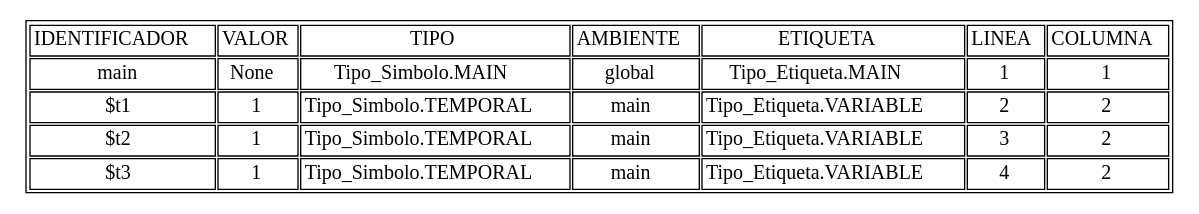
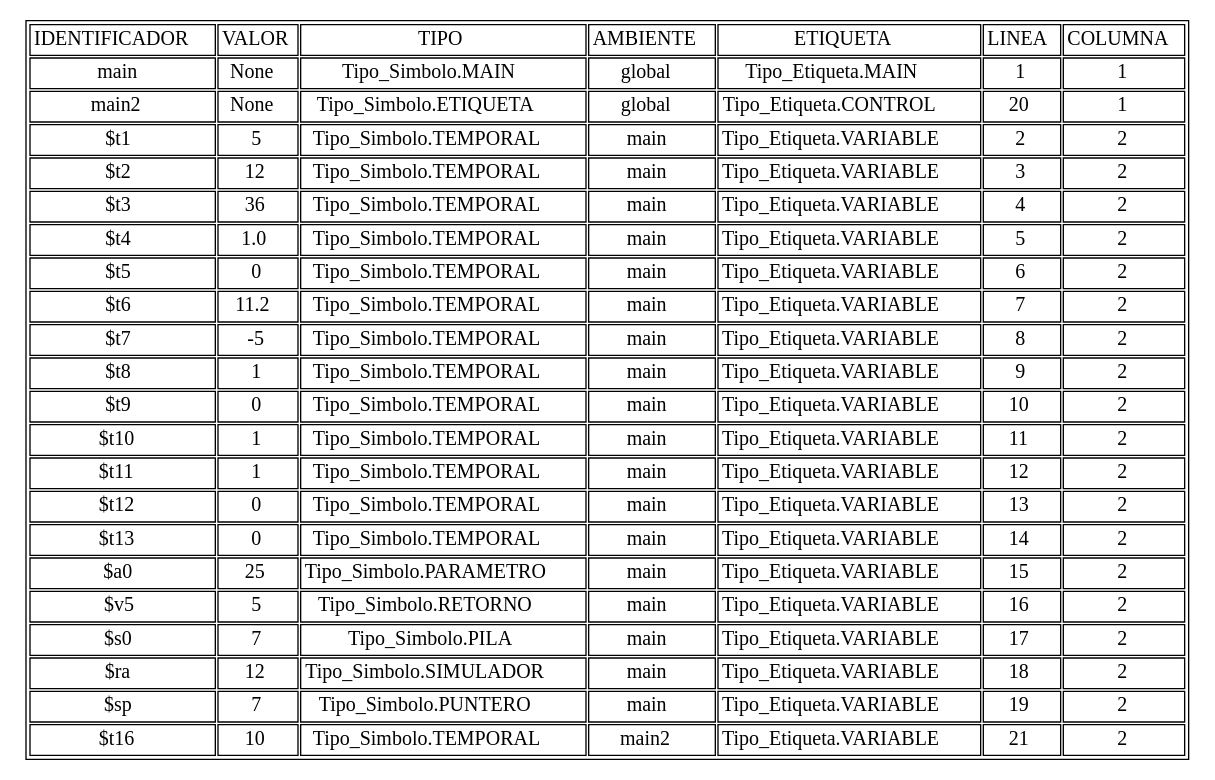
The diagram in tablasimbolos.dot (AndreeAvalos/OLC2-AUGUS), drawn with Graphviz before and after one commit. The commit also changed 7 other files, not shown here.

```diff
--- a/tablasimbolos.dot
+++ b/tablasimbolos.dot
@@ -1,12 +1,29 @@
 digraph tabla{
 graph [ratio=fill];node [label="\N", fontsize=15, shape=plaintext];
 graph [bb="0,0,352,154"];
 arset [label=<<TABLE ALIGN="LEFT">
 <TR><TD>IDENTIFICADOR</TD><TD>VALOR</TD><TD>TIPO</TD><TD>AMBIENTE</TD><TD>ETIQUETA</TD><TD>LINEA</TD><TD>COLUMNA</TD></TR>
 <TR><TD>main</TD><TD>None</TD><TD>Tipo_Simbolo.MAIN</TD><TD>global</TD><TD>Tipo_Etiqueta.MAIN</TD><TD>1</TD><TD>1</TD></TR>
-<TR><TD>$t1</TD><TD>1</TD><TD>Tipo_Simbolo.TEMPORAL</TD><TD>main</TD><TD>Tipo_Etiqueta.VARIABLE</TD><TD>2</TD><TD>2</TD></TR>
-<TR><TD>$t2</TD><TD>1</TD><TD>Tipo_Simbolo.TEMPORAL</TD><TD>main</TD><TD>Tipo_Etiqueta.VARIABLE</TD><TD>3</TD><TD>2</TD></TR>
-<TR><TD>$t3</TD><TD>1</TD><TD>Tipo_Simbolo.TEMPORAL</TD><TD>main</TD><TD>Tipo_Etiqueta.VARIABLE</TD><TD>4</TD><TD>2</TD></TR>
+<TR><TD>main2</TD><TD>None</TD><TD>Tipo_Simbolo.ETIQUETA</TD><TD>global</TD><TD>Tipo_Etiqueta.CONTROL</TD><TD>20</TD><TD>1</TD></TR>
+<TR><TD>$t1</TD><TD>5</TD><TD>Tipo_Simbolo.TEMPORAL</TD><TD>main</TD><TD>Tipo_Etiqueta.VARIABLE</TD><TD>2</TD><TD>2</TD></TR>
+<TR><TD>$t2</TD><TD>12</TD><TD>Tipo_Simbolo.TEMPORAL</TD><TD>main</TD><TD>Tipo_Etiqueta.VARIABLE</TD><TD>3</TD><TD>2</TD></TR>
+<TR><TD>$t3</TD><TD>36</TD><TD>Tipo_Simbolo.TEMPORAL</TD><TD>main</TD><TD>Tipo_Etiqueta.VARIABLE</TD><TD>4</TD><TD>2</TD></TR>
+<TR><TD>$t4</TD><TD>1.0</TD><TD>Tipo_Simbolo.TEMPORAL</TD><TD>main</TD><TD>Tipo_Etiqueta.VARIABLE</TD><TD>5</TD><TD>2</TD></TR>
+<TR><TD>$t5</TD><TD>0</TD><TD>Tipo_Simbolo.TEMPORAL</TD><TD>main</TD><TD>Tipo_Etiqueta.VARIABLE</TD><TD>6</TD><TD>2</TD></TR>
+<TR><TD>$t6</TD><TD>11.2</TD><TD>Tipo_Simbolo.TEMPORAL</TD><TD>main</TD><TD>Tipo_Etiqueta.VARIABLE</TD><TD>7</TD><TD>2</TD></TR>
+<TR><TD>$t7</TD><TD>-5</TD><TD>Tipo_Simbolo.TEMPORAL</TD><TD>main</TD><TD>Tipo_Etiqueta.VARIABLE</TD><TD>8</TD><TD>2</TD></TR>
+<TR><TD>$t8</TD><TD>1</TD><TD>Tipo_Simbolo.TEMPORAL</TD><TD>main</TD><TD>Tipo_Etiqueta.VARIABLE</TD><TD>9</TD><TD>2</TD></TR>
+<TR><TD>$t9</TD><TD>0</TD><TD>Tipo_Simbolo.TEMPORAL</TD><TD>main</TD><TD>Tipo_Etiqueta.VARIABLE</TD><TD>10</TD><TD>2</TD></TR>
+<TR><TD>$t10</TD><TD>1</TD><TD>Tipo_Simbolo.TEMPORAL</TD><TD>main</TD><TD>Tipo_Etiqueta.VARIABLE</TD><TD>11</TD><TD>2</TD></TR>
+<TR><TD>$t11</TD><TD>1</TD><TD>Tipo_Simbolo.TEMPORAL</TD><TD>main</TD><TD>Tipo_Etiqueta.VARIABLE</TD><TD>12</TD><TD>2</TD></TR>
+<TR><TD>$t12</TD><TD>0</TD><TD>Tipo_Simbolo.TEMPORAL</TD><TD>main</TD><TD>Tipo_Etiqueta.VARIABLE</TD><TD>13</TD><TD>2</TD></TR>
+<TR><TD>$t13</TD><TD>0</TD><TD>Tipo_Simbolo.TEMPORAL</TD><TD>main</TD><TD>Tipo_Etiqueta.VARIABLE</TD><TD>14</TD><TD>2</TD></TR>
+<TR><TD>$a0</TD><TD>25</TD><TD>Tipo_Simbolo.PARAMETRO</TD><TD>main</TD><TD>Tipo_Etiqueta.VARIABLE</TD><TD>15</TD><TD>2</TD></TR>
+<TR><TD>$v5</TD><TD>5</TD><TD>Tipo_Simbolo.RETORNO</TD><TD>main</TD><TD>Tipo_Etiqueta.VARIABLE</TD><TD>16</TD><TD>2</TD></TR>
+<TR><TD>$s0</TD><TD>7</TD><TD>Tipo_Simbolo.PILA</TD><TD>main</TD><TD>Tipo_Etiqueta.VARIABLE</TD><TD>17</TD><TD>2</TD></TR>
+<TR><TD>$ra</TD><TD>12</TD><TD>Tipo_Simbolo.SIMULADOR</TD><TD>main</TD><TD>Tipo_Etiqueta.VARIABLE</TD><TD>18</TD><TD>2</TD></TR>
+<TR><TD>$sp</TD><TD>7</TD><TD>Tipo_Simbolo.PUNTERO</TD><TD>main</TD><TD>Tipo_Etiqueta.VARIABLE</TD><TD>19</TD><TD>2</TD></TR>
+<TR><TD>$t16</TD><TD>10</TD><TD>Tipo_Simbolo.TEMPORAL</TD><TD>main2</TD><TD>Tipo_Etiqueta.VARIABLE</TD><TD>21</TD><TD>2</TD></TR>
 </TABLE>
 >, ];
 }
```
